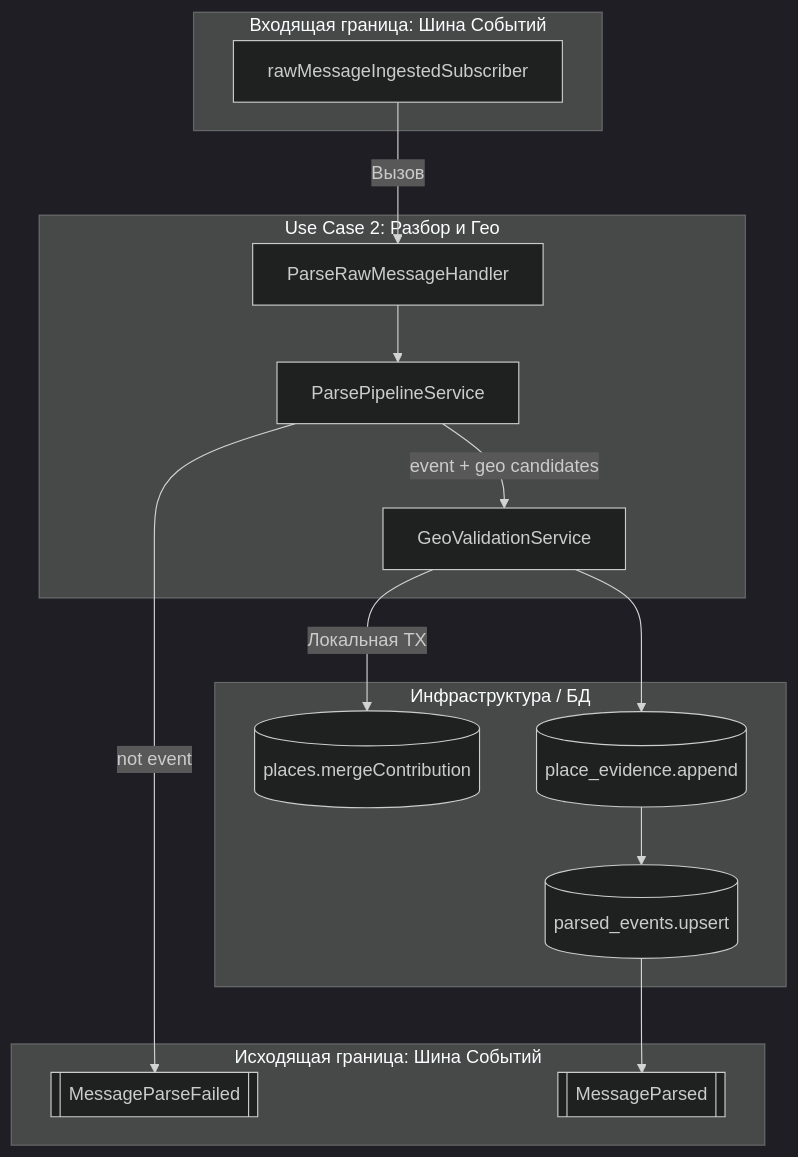
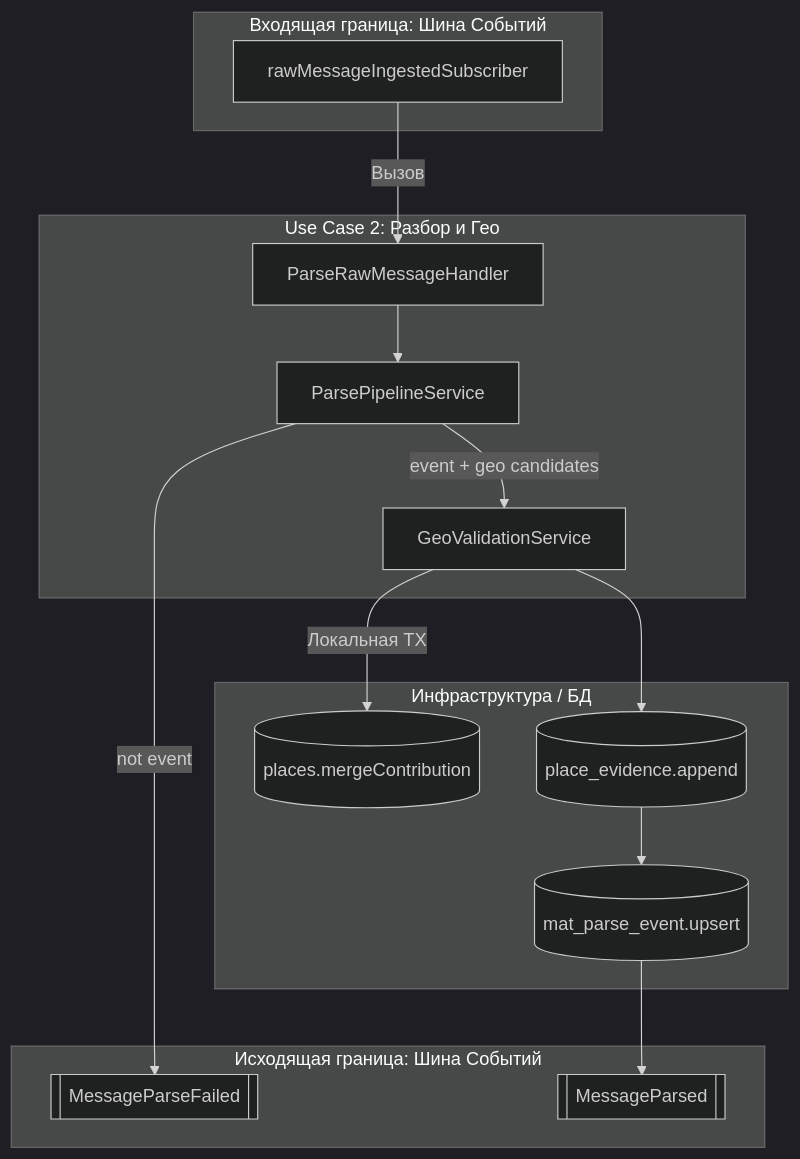
One commit to exclusiveLogin/radar changed the third of 5 diagrams in docs/domain/how-it-works.md. Above: the diagram before and after it, drawn with Mermaid (dark theme). The commit also changed other lines of this file and 312 other files, not shown here.

````diff
--- a/docs/domain/how-it-works.md
+++ b/docs/domain/how-it-works.md
@@ -117,34 +117,34 @@
 ```mermaid
 flowchart TD
   subgraph EventBoundaryIn [Входящая граница: Шина Событий]
     Sub[rawMessageIngestedSubscriber]
   end
 
   subgraph UseCaseParse [Use Case 2: Разбор и Гео]
     Handler[ParseRawMessageHandler]
     Pipeline[ParsePipelineService]
     Geo[GeoValidationService]
     
     Sub --> |Вызов| Handler
     Handler --> Pipeline
     Pipeline -->|event + geo candidates| Geo
   end
 
   subgraph Infrastructure [Инфраструктура / БД]
     Merge[(places.mergeContribution)]
     Evidence[(place_evidence.append)]
-    Persist[(parsed_events.upsert)]
+    Persist[(mat_parse_event.upsert)]
   end
 
   subgraph EventBoundaryOut [Исходящая граница: Шина Событий]
     Fail[[MessageParseFailed]]
     Ok[[MessageParsed]]
   end
 
   Geo -->|Локальная TX| Merge
   Geo --> Evidence
   Evidence --> Persist
   
   Pipeline -->|not event| Fail
   Persist --> Ok
 ```
````
